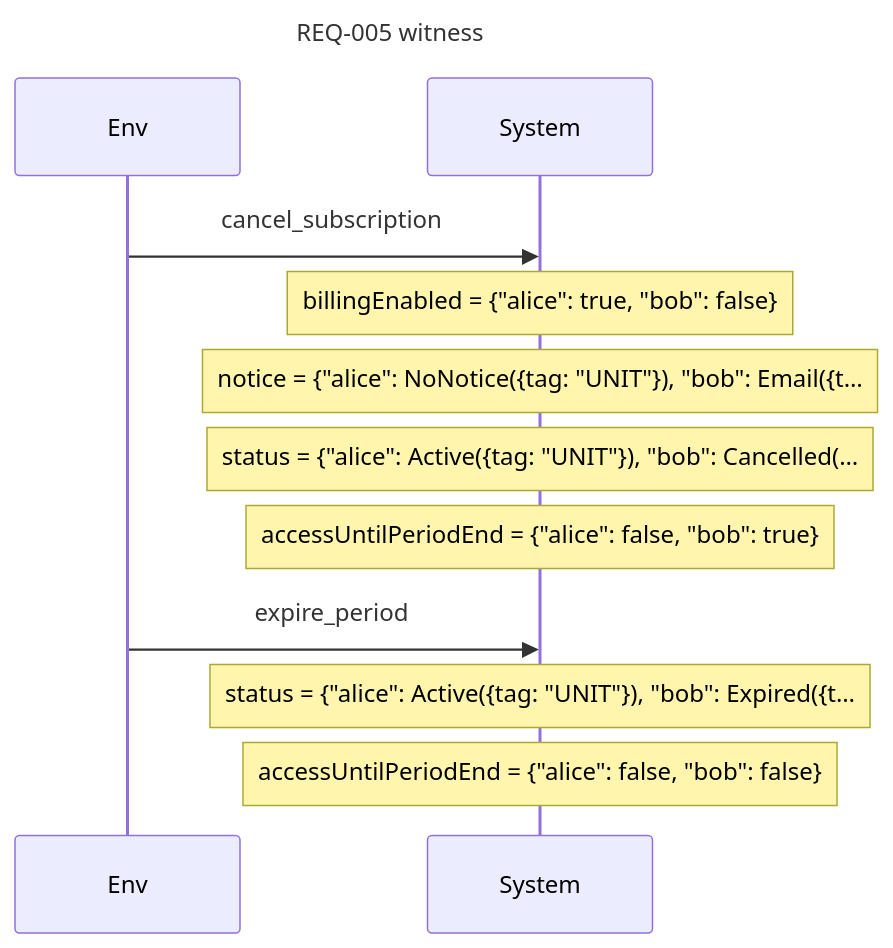
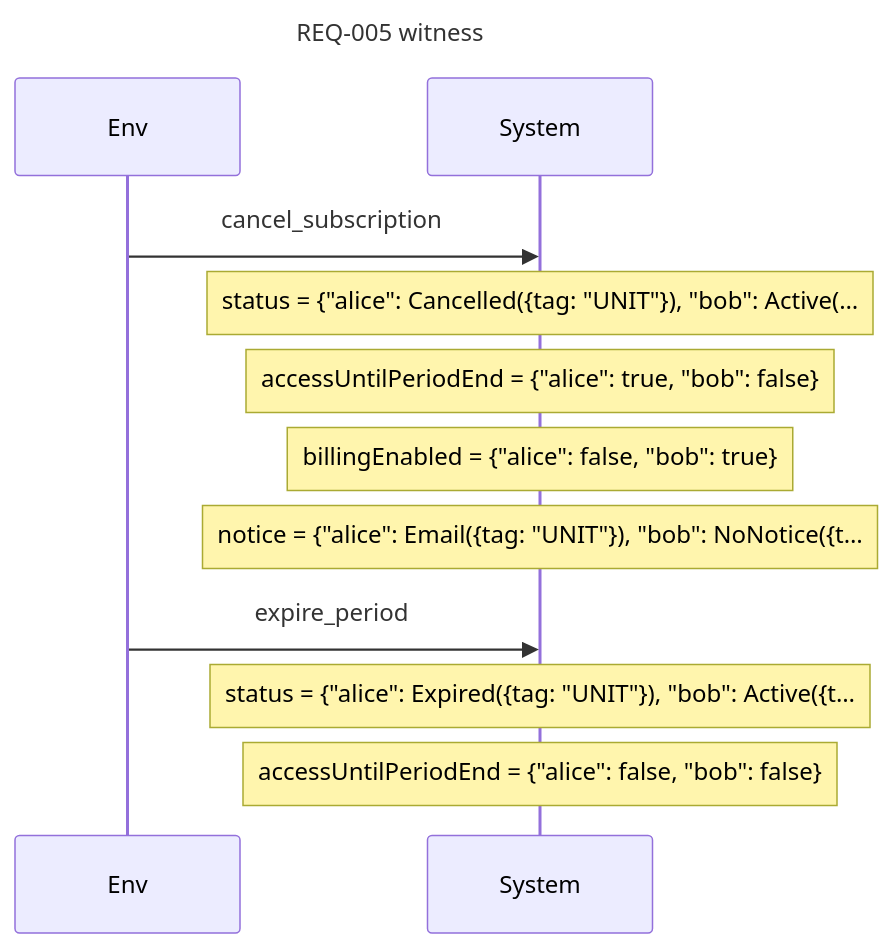
Before and after one commit to AlesKracik/quintessence: the sixth of 8 diagrams in examples/specs/subscription.readback.md, drawn with Mermaid. The commit also changed other lines of this file and 60 other files, not shown here.

````diff
--- a/examples/specs/subscription.readback.md
+++ b/examples/specs/subscription.readback.md
@@ -437,14 +437,14 @@
 ```mermaid
 sequenceDiagram
     title REQ-005 witness
     participant E as Env
     participant S as System
     E->>S: cancel_subscription
-    Note over S: billingEnabled = {"alice": true, "bob": false}
-    Note over S: notice = {"alice": NoNotice({tag: "UNIT"}), "bob": Email({t…
-    Note over S: status = {"alice": Active({tag: "UNIT"}), "bob": Cancelled(…
-    Note over S: accessUntilPeriodEnd = {"alice": false, "bob": true}
+    Note over S: status = {"alice": Cancelled({tag: "UNIT"}), "bob": Active(…
+    Note over S: accessUntilPeriodEnd = {"alice": true, "bob": false}
+    Note over S: billingEnabled = {"alice": false, "bob": true}
+    Note over S: notice = {"alice": Email({tag: "UNIT"}), "bob": NoNotice({t…
     E->>S: expire_period
-    Note over S: status = {"alice": Active({tag: "UNIT"}), "bob": Expired({t…
+    Note over S: status = {"alice": Expired({tag: "UNIT"}), "bob": Active({t…
     Note over S: accessUntilPeriodEnd = {"alice": false, "bob": false}
 ```
````
